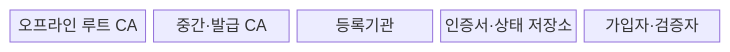
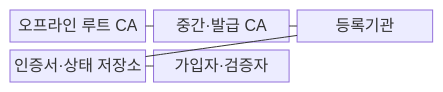
Before and after one commit to agnusdei1207/knowledge-base: the first of 2 diagrams in src/content/docs/notes/05-security/007_public_key_infrastructure.md, drawn with Mermaid. The commit also changed other lines of this file and 151 other files, not shown here.

````diff
--- a/src/content/docs/notes/05-security/007_public_key_infrastructure.md
+++ b/src/content/docs/notes/05-security/007_public_key_infrastructure.md
@@ -61,9 +61,13 @@
 ```mermaid
 block-beta
-    columns 5
+    columns 3
     R["오프라인 루트 CA"]
     I["중간·발급 CA"]
     A["등록기관"]
     P["인증서·상태 저장소"]
     U["가입자·검증자"]
+    R --- I
+    I --- A
+    A --- P
+    P --- U
 ```
````
